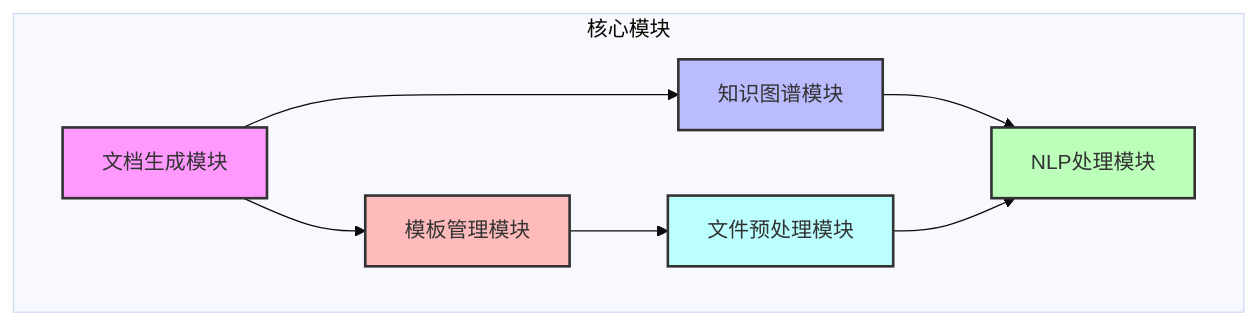
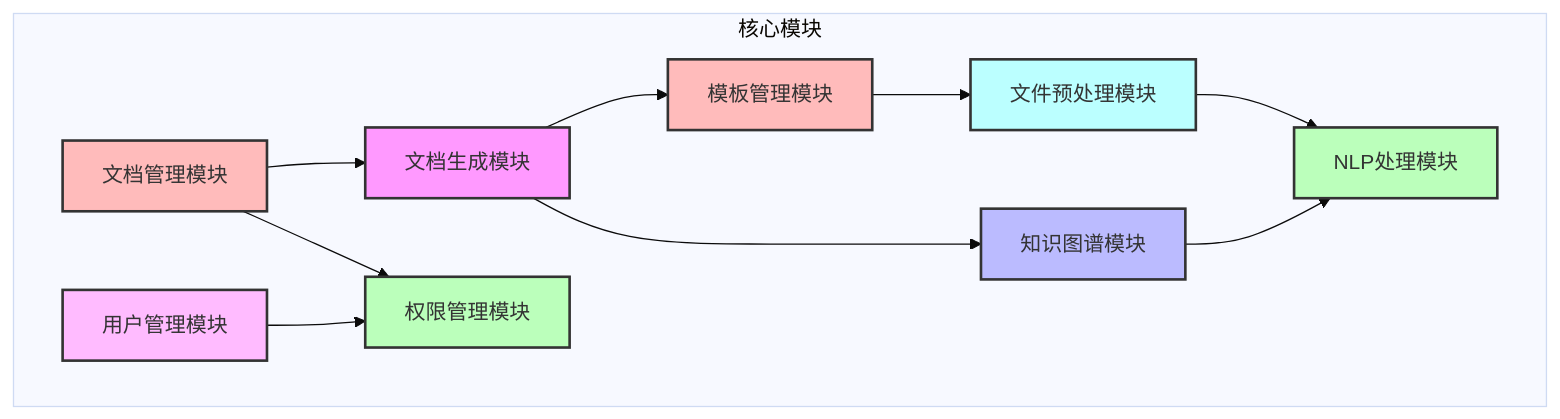
Before and after one commit to lilacseeking/bidding_document_generator: the first of 9 diagrams in technical_specification.md, drawn with Mermaid (base theme). The commit also changed other lines of this file, not shown here.

````diff
--- a/technical_specification.md
+++ b/technical_specification.md
@@ -48,22 +51,31 @@
 ```mermaid
 graph TB
     subgraph 核心模块
         A[文档生成模块]
         B[知识图谱模块]
         C[NLP处理模块]
         D[模板管理模块]
         E[文件预处理模块]
+        F[用户管理模块]
+        G[权限管理模块]
+        H[文档管理模块]
     end
     
     A --> B
     A --> D
     B --> C
     D --> E
     E --> C
+    F --> G
+    H --> A
+    H --> G
     
     style A fill:#f9f,stroke:#333,stroke-width:2px
     style B fill:#bbf,stroke:#333,stroke-width:2px
     style C fill:#bfb,stroke:#333,stroke-width:2px
     style D fill:#fbb,stroke:#333,stroke-width:2px
     style E fill:#bff,stroke:#333,stroke-width:2px
+    style F fill:#fbf,stroke:#333,stroke-width:2px
+    style G fill:#bfb,stroke:#333,stroke-width:2px
+    style H fill:#fbb,stroke:#333,stroke-width:2px
 ```
````
